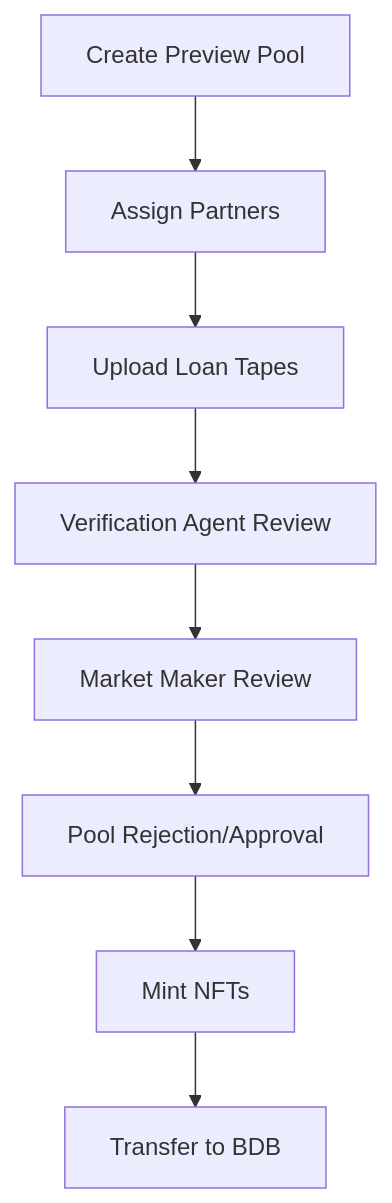
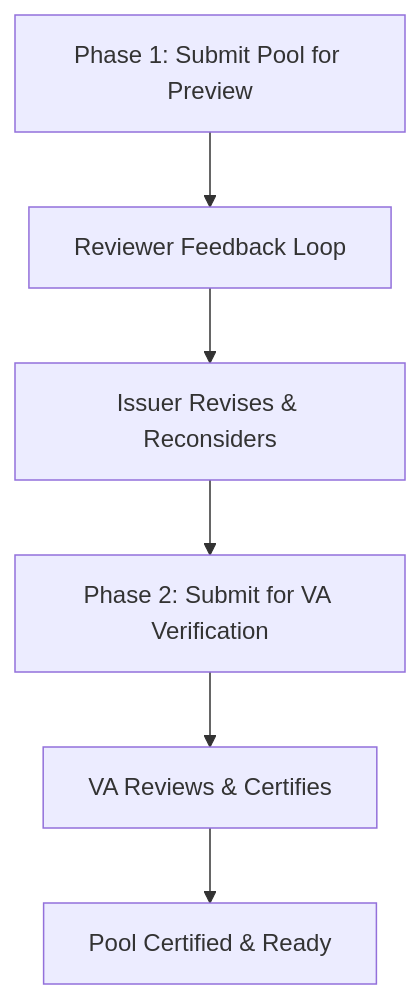
One commit to vishnuprasad2003/docs changed the diagram in user-guide/preview/overview.mdx. Above: the diagram before and after it, drawn with Mermaid. The commit also changed other lines of this file and 6 other files, not shown here.

Commit message:
Refactor user guide by removing outdated sections on loan tape upload, NFT minting, pool creation, and verification process. Update docs.json to reflect the streamlined workflow and improve navigation for the Preview & Verification process.

````diff
--- a/user-guide/preview/overview.mdx
+++ b/user-guide/preview/overview.mdx
@@ -12,10 +18,8 @@
 ```mermaid
 graph TD
-    A[Create Preview Pool] --> B[Assign Partners]
-    B --> C[Upload Loan Tapes]
-    C --> D[Verification Agent Review]
-    D --> E[Market Maker Review]
-    E --> F[Pool Rejection/Approval]
-    F --> G[Mint NFTs]
-    G --> H[Transfer to BDB]
+    A[Phase 1: Submit Pool for Preview] --> B[Reviewer Feedback Loop]
+    B --> C[Issuer Revises & Reconsiders]
+    C --> D[Phase 2: Submit for VA Verification]
+    D --> E[VA Reviews & Certifies]
+    E --> F[Pool Certified & Ready]
 ```
````
